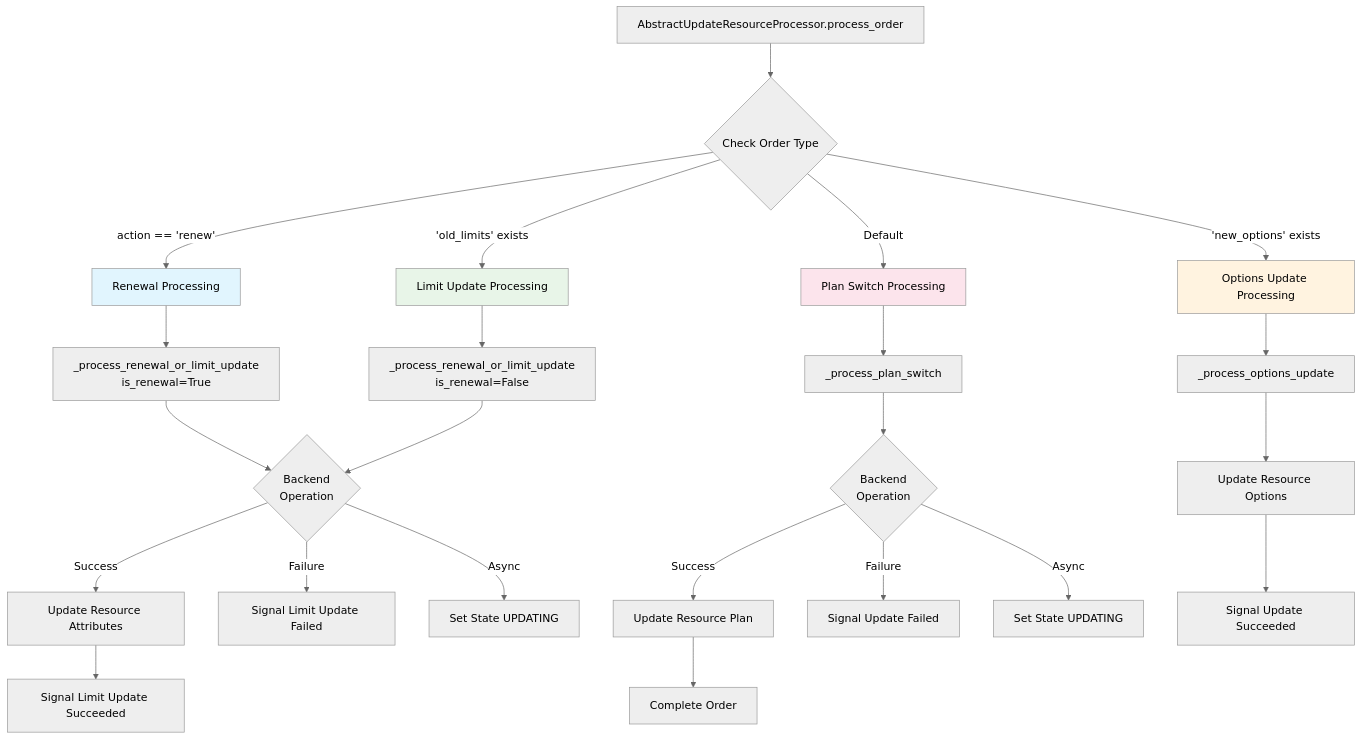
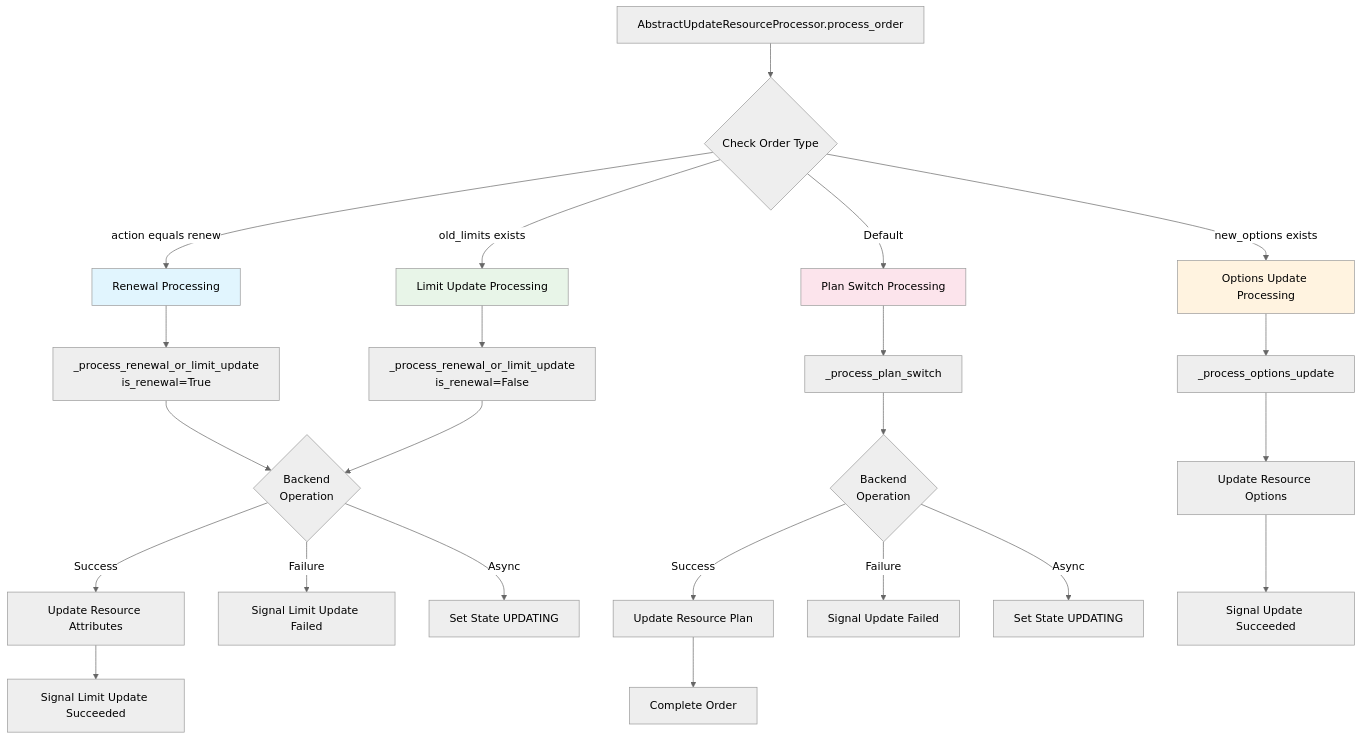
Before and after one commit to waldur/waldur-docs: the third of 7 diagrams in docs/developer-guide/core-concepts/marketplace-orders.md, drawn with Mermaid (neutral theme). The commit also changed other lines of this file and 34 other files, not shown here.

````diff
--- a/docs/developer-guide/core-concepts/marketplace-orders.md
+++ b/docs/developer-guide/core-concepts/marketplace-orders.md
@@ -329,36 +325,36 @@
 ```mermaid
 flowchart TD
     A[AbstractUpdateResourceProcessor.process_order] --> B{Check Order Type}
-    B -->|action == 'renew'| C[Renewal Processing]
-    B -->|'old_limits' exists| D[Limit Update Processing]
-    B -->|'new_options' exists| E[Options Update Processing]
+    B -->|action equals renew| C[Renewal Processing]
+    B -->|old_limits exists| D[Limit Update Processing]
+    B -->|new_options exists| E[Options Update Processing]
     B -->|Default| F[Plan Switch Processing]
 
     C --> G[_process_renewal_or_limit_update<br/>is_renewal=True]
     D --> H[_process_renewal_or_limit_update<br/>is_renewal=False]
     E --> I[_process_options_update]
     F --> J[_process_plan_switch]
 
     G --> K{Backend<br/>Operation}
     H --> K
     I --> L[Update Resource Options]
     J --> M{Backend<br/>Operation}
 
     K -->|Success| N[Update Resource Attributes]
     K -->|Failure| O[Signal Limit Update Failed]
     K -->|Async| P[Set State UPDATING]
 
     M -->|Success| Q[Update Resource Plan]
     M -->|Failure| R[Signal Update Failed]
     M -->|Async| S[Set State UPDATING]
 
     L --> T[Signal Update Succeeded]
 
     N --> U[Signal Limit Update Succeeded]
     Q --> V[Complete Order]
 
     style C fill:#e1f5fe
     style D fill:#e8f5e8
     style E fill:#fff3e0
     style F fill:#fce4ec
 ```
````
